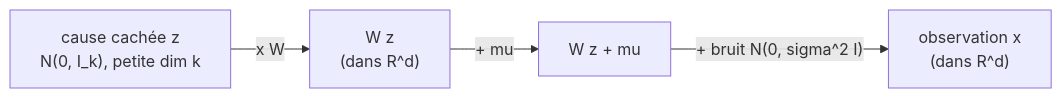
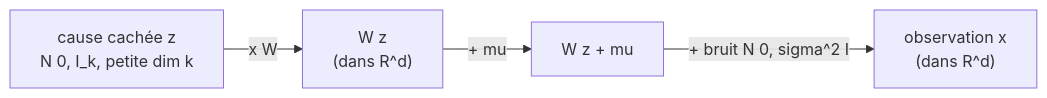
The third of 3 diagrams in chapitres/10-reduction-de-dimension-acp.md (tanguychenier/Mathematiques-pour-le-Machine-Learning), drawn with Mermaid before and after one commit. The commit also changed 6 other files, not shown here.

Commit message:
fix: repair Mermaid diagrams (drop function-call parens and asterisks from labels)

````diff
--- a/chapitres/10-reduction-de-dimension-acp.md
+++ b/chapitres/10-reduction-de-dimension-acp.md
@@ -750,6 +750,6 @@
 ```mermaid
 flowchart LR
-    Z["cause cachée z<br/>N(0, I_k), petite dim k"] -->|"x W"| WZ["W z<br/>(dans R^d)"]
+    Z["cause cachée z<br/>N 0, I_k, petite dim k"] -->|"x W"| WZ["W z<br/>(dans R^d)"]
     WZ -->|"+ mu"| M["W z + mu"]
-    M -->|"+ bruit N(0, sigma^2 I)"| X["observation x<br/>(dans R^d)"]
+    M -->|"+ bruit N 0, sigma^2 I"| X["observation x<br/>(dans R^d)"]
 ```
````
